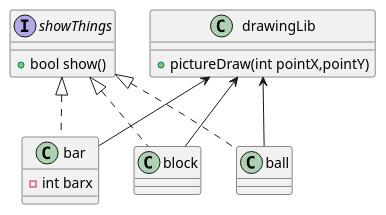
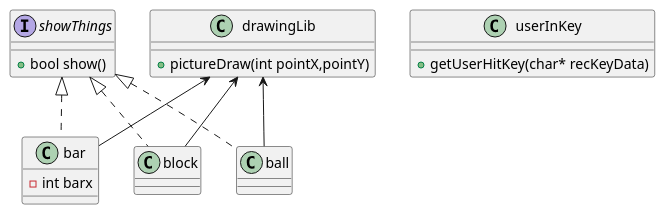
Before and after one commit to terapotan/Aimforcomplete: the diagram in Aimforconplete-TDD/TodoList.md, drawn with PlantUML. The commit also changed other lines of this file and 6 other files, not shown here.

```diff
--- a/Aimforconplete-TDD/TodoList.md
+++ b/Aimforconplete-TDD/TodoList.md
@@ -35,25 +37,29 @@
 ~~~plantuml
 @startuml
 interface showThings{
     + bool show()
 }
 class bar{
     - int barx
 }
 class block{
 }
 class ball{
 }
 class drawingLib{
     + pictureDraw(int pointX,pointY)
 }
 
+class userInKey{
+    + getUserHitKey(char* recKeyData)
+}
+
 showThings <|.. bar
 showThings <|.. block
 showThings <|.. ball
 drawingLib <-down- bar
 drawingLib <-down- block
 drawingLib <-down- ball
 
 @enduml
 ~~~
```
